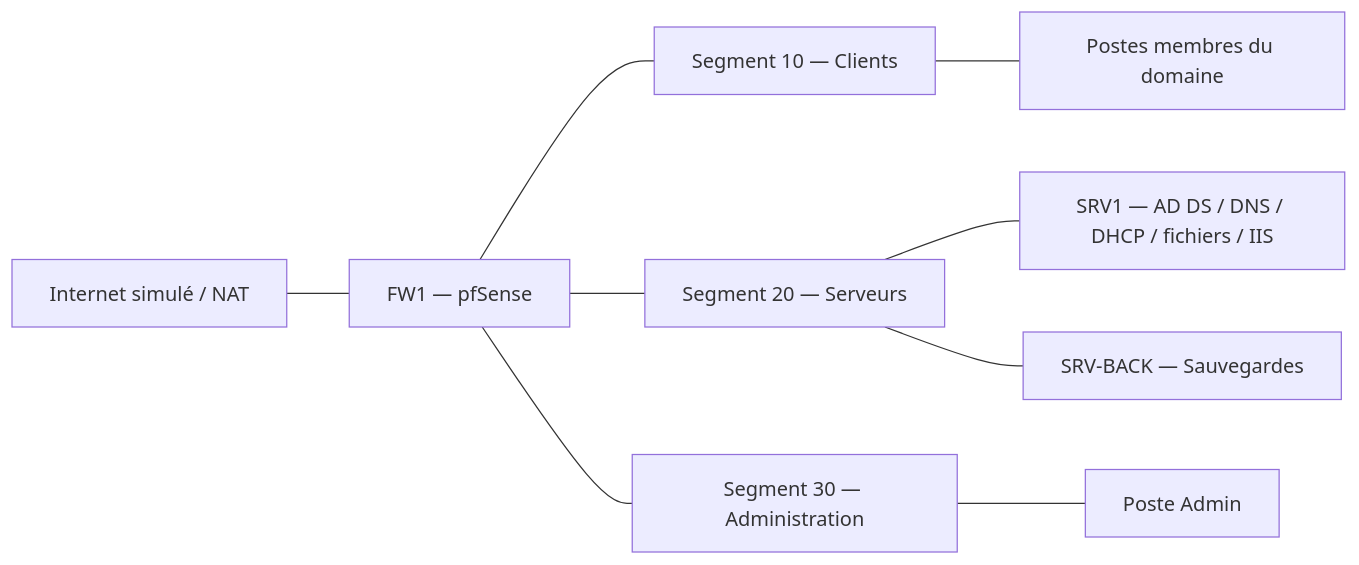
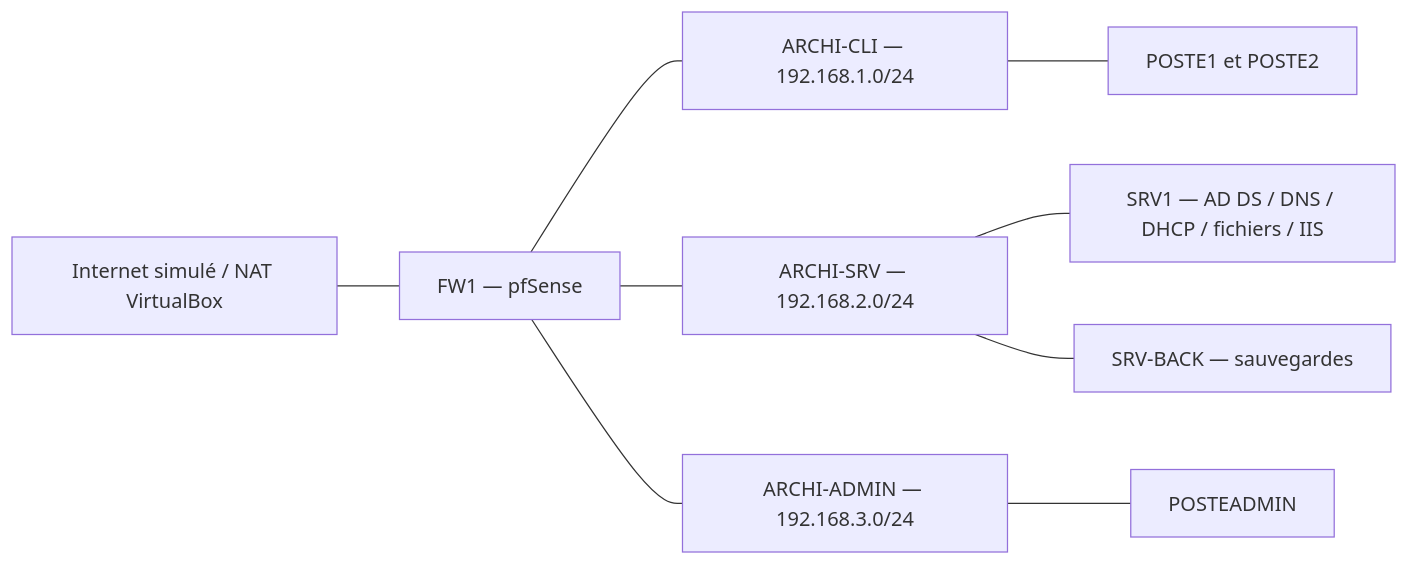
The diagram in README.md (Arwy07/ArchiTech-Infrastructure), drawn with Mermaid before and after one commit. The commit also changed other lines of this file, not shown here.

````diff
--- a/README.md
+++ b/README.md
@@ -15,11 +15,11 @@
 ```mermaid
 flowchart LR
-  Internet[Internet simulé / NAT] --- FW[FW1 — pfSense]
-  FW --- CLI[Segment 10 — Clients]
-  FW --- SRV[Segment 20 — Serveurs]
-  FW --- ADM[Segment 30 — Administration]
-  CLI --- PC[Postes membres du domaine]
+  NAT[Internet simulé / NAT VirtualBox] --- FW[FW1 — pfSense]
+  FW --- CLI[ARCHI-CLI — 192.168.1.0/24]
+  FW --- SRV[ARCHI-SRV — 192.168.2.0/24]
+  FW --- ADM[ARCHI-ADMIN — 192.168.3.0/24]
+  CLI --- PC[POSTE1 et POSTE2]
   SRV --- DC[SRV1 — AD DS / DNS / DHCP / fichiers / IIS]
-  SRV --- BACK[SRV-BACK — Sauvegardes]
-  ADM --- ADMIN[Poste Admin]
+  SRV --- BACK[SRV-BACK — sauvegardes]
+  ADM --- ADMIN[POSTEADMIN]
 ```
````
